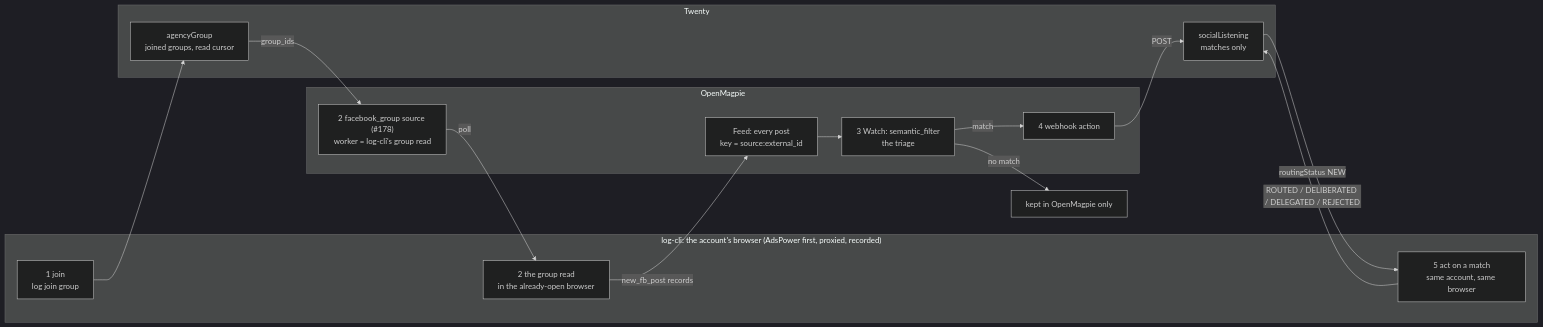
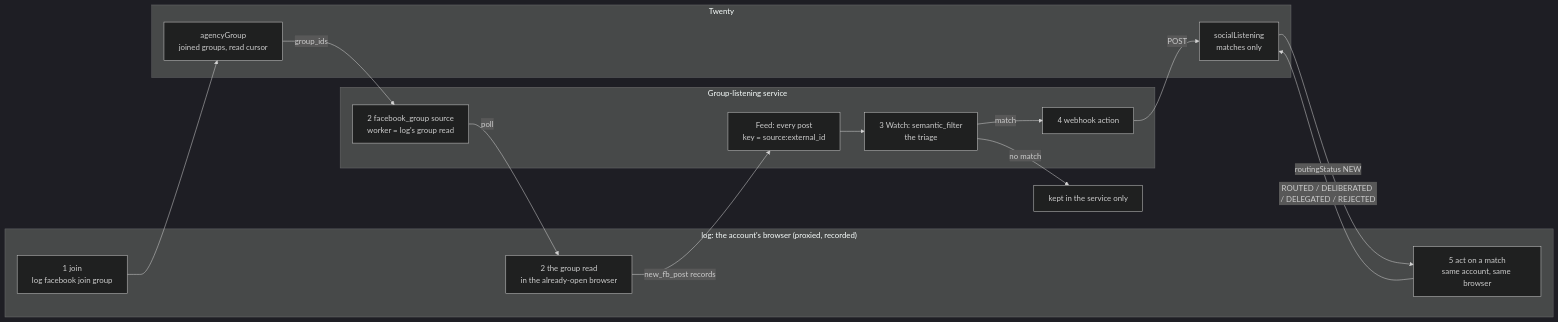
One commit to matthewdonsemail-lab/log changed the diagram in docs/groupListening.md. Above: the diagram before and after it, drawn with Mermaid (dark theme). The commit also changed other lines of this file and 53 other files, not shown here.

````diff
--- a/docs/groupListening.md
+++ b/docs/groupListening.md
@@ -13,28 +13,28 @@
 ```mermaid
 flowchart LR
-    subgraph LOGCLI["log-cli: the account's browser (AdsPower first, proxied, recorded)"]
-        JOIN["1 join<br/>log join group"]
+    subgraph LOGCLI["log: the account's browser (proxied, recorded)"]
+        JOIN["1 join<br/>log facebook join group"]
         READ["2 the group read<br/>in the already-open browser"]
         ACT["5 act on a match<br/>same account, same browser"]
     end
-    subgraph MAGPIE["OpenMagpie"]
-        SRC["2 facebook_group source (#178)<br/>worker = log-cli's group read"]
+    subgraph MAGPIE["Group-listening service"]
+        SRC["2 facebook_group source<br/>worker = log's group read"]
         FEED["Feed: every post<br/>key = source:external_id"]
         WATCH["3 Watch: semantic_filter<br/>the triage"]
         HOOK["4 webhook action"]
     end
     subgraph TWENTY["Twenty"]
         GROUP["agencyGroup<br/>joined groups, read cursor"]
         SL["socialListening<br/>matches only"]
     end
     JOIN --> GROUP
     GROUP -- "group_ids" --> SRC
     SRC -- "poll" --> READ
     READ -- "new_fb_post records" --> FEED
     FEED --> WATCH
     WATCH -- "match" --> HOOK
-    WATCH -- "no match" --> DROP["kept in OpenMagpie only"]
+    WATCH -- "no match" --> DROP["kept in the service only"]
     HOOK -- "POST" --> SL
     SL -- "routingStatus NEW" --> ACT
     ACT -- "ROUTED / DELIBERATED / DELEGATED / REJECTED" --> SL
 ```
````
